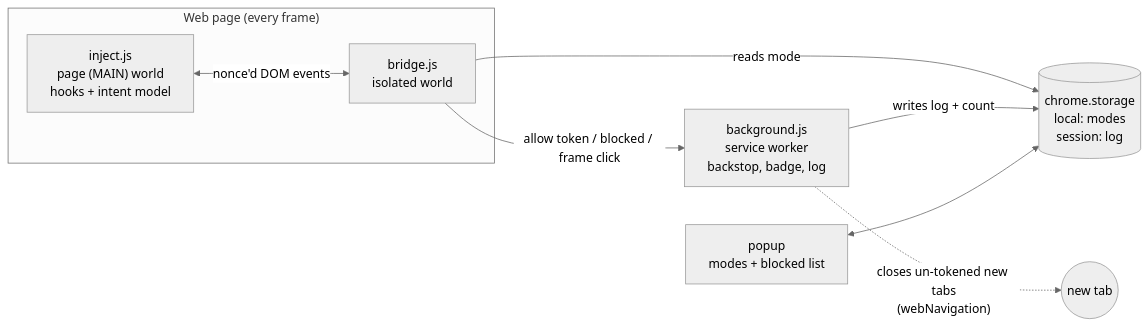
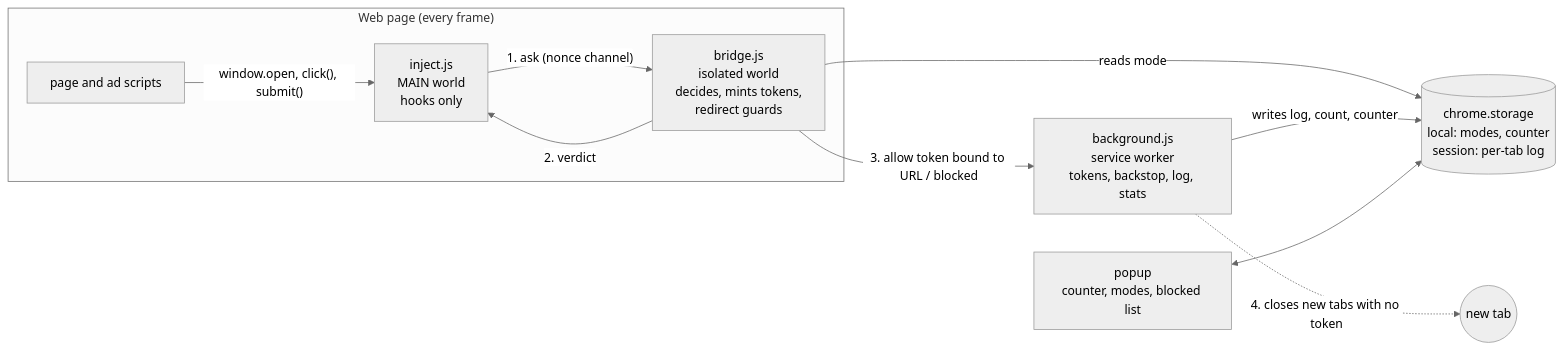
Before and after one commit to madironman/popshield: the diagram in README.md, drawn with Mermaid (neutral theme). The commit also changed other lines of this file and 13 other files, not shown here.

First line of the commit message:
Move all decisions to the isolated world; harden against hostile pages

````diff
--- a/README.md
+++ b/README.md
@@ -145,17 +162,20 @@
 ```mermaid
 flowchart LR
   subgraph Page["Web page (every frame)"]
-    I["inject.js<br/>page (MAIN) world<br/>hooks + intent model"]
-    B["bridge.js<br/>isolated world"]
+    PG["page and ad scripts"]
+    I["inject.js<br/>MAIN world<br/>hooks only"]
+    B["bridge.js<br/>isolated world<br/>decides, mints tokens,<br/>redirect guards"]
   end
-  BG["background.js<br/>service worker<br/>backstop, badge, log"]
-  P["popup<br/>modes + blocked list"]
-  S[("chrome.storage<br/>local: modes<br/>session: log")]
+  BG["background.js<br/>service worker<br/>tokens, backstop, log, stats"]
+  P["popup<br/>counter, modes, blocked list"]
+  S[("chrome.storage<br/>local: modes, counter<br/>session: per-tab log")]
 
-  I <-- "nonce'd DOM events" --> B
-  B -- "allow token / blocked / frame click" --> BG
+  PG -- "window.open, click(), submit()" --> I
+  I -- "1. ask (nonce channel)" --> B
+  B -- "2. verdict" --> I
+  B -- "3. allow token bound to URL / blocked" --> BG
   B -- "reads mode" --> S
-  BG -- "writes log + count" --> S
+  BG -- "writes log, count, counter" --> S
   P <--> S
-  BG -. "closes un-tokened new tabs<br/>(webNavigation)" .-> X(("new tab"))
+  BG -. "4. closes new tabs with no token" .-> X(("new tab"))
 ```
````
